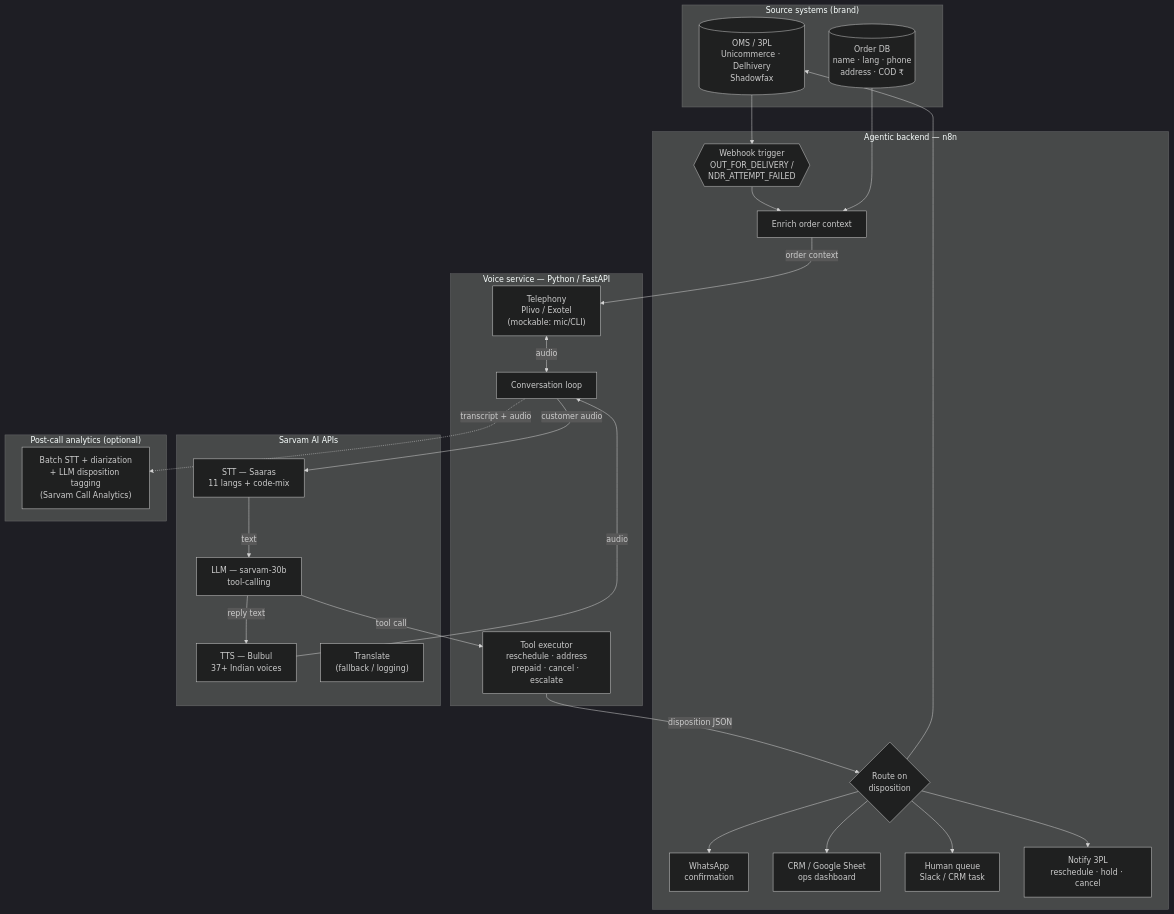
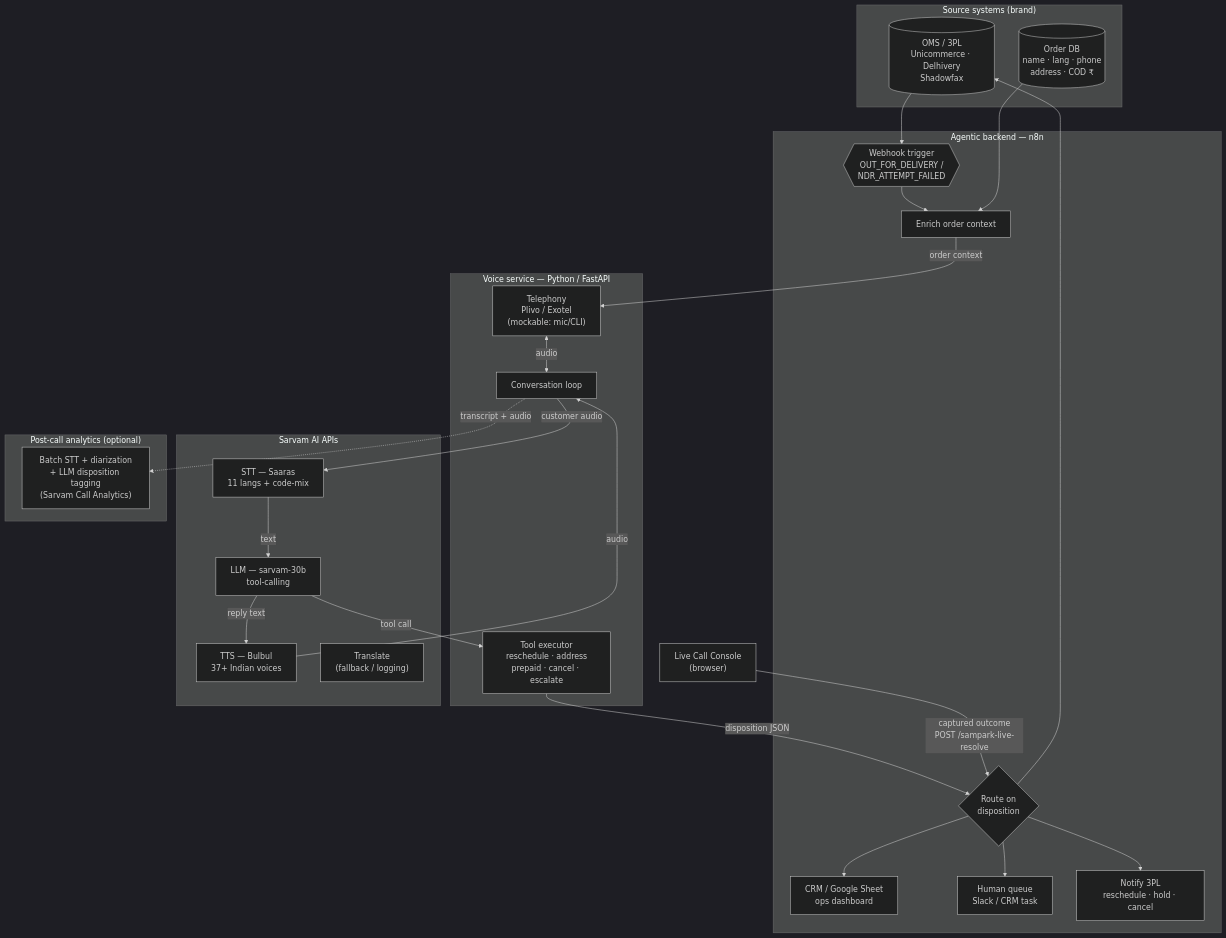
The diagram in docs/architecture.md (Shivshankar2246/sarvam-presales-rto-agent), drawn with Mermaid (dark theme) before and after one commit. The commit also changed other lines of this file and 8 other files, not shown here.

First line of the commit message:
docs: reflect verified live-call -> n8n (A+B) architecture across all submission docs

````diff
--- a/docs/architecture.md
+++ b/docs/architecture.md
@@ -11,52 +11,51 @@
 ```mermaid
 flowchart TB
     subgraph SRC["Source systems (brand)"]
         OMS[("OMS / 3PL\nUnicommerce · Delhivery\nShadowfax")]
         DB[("Order DB\nname · lang · phone\naddress · COD ₹")]
     end
 
     subgraph N8N["Agentic backend — n8n"]
         TRIG{{"Webhook trigger\nOUT_FOR_DELIVERY /\nNDR_ATTEMPT_FAILED"}}
         ENR["Enrich order context"]
         ROUTE{"Route on\ndisposition"}
-        WA["WhatsApp\nconfirmation"]
         CRM["CRM / Google Sheet\nops dashboard"]
         ESC["Human queue\nSlack / CRM task"]
         TPL["Notify 3PL\nreschedule · hold · cancel"]
     end
 
     subgraph VOICE["Voice service — Python / FastAPI"]
         TEL["Telephony\nPlivo / Exotel\n(mockable: mic/CLI)"]
         LOOP["Conversation loop"]
         TOOLS["Tool executor\nreschedule · address\nprepaid · cancel · escalate"]
     end
 
     subgraph SARVAM["Sarvam AI APIs"]
         STT["STT — Saaras\n11 langs + code-mix"]
         LLM["LLM — sarvam-30b\ntool-calling"]
         TTS["TTS — Bulbul\n37+ Indian voices"]
         TR["Translate\n(fallback / logging)"]
     end
 
     OMS --> TRIG
     TRIG --> ENR
     DB --> ENR
     ENR -->|order context| TEL
     TEL <-->|audio| LOOP
     LOOP -->|customer audio| STT
     STT -->|text| LLM
     LLM -->|reply text| TTS
     TTS -->|audio| LOOP
     LLM -->|tool call| TOOLS
     TOOLS -->|disposition JSON| ROUTE
+    CONSOLE["Live Call Console\n(browser)"] -->|captured outcome\nPOST /sampark-live-resolve| ROUTE
     ROUTE --> OMS
     ROUTE --> TPL
-    ROUTE --> WA
     ROUTE --> CRM
     ROUTE --> ESC
     LOOP -.->|transcript + audio| AN
 
     subgraph ANALYTICS["Post-call analytics (optional)"]
         AN["Batch STT + diarization\n+ LLM disposition tagging\n(Sarvam Call Analytics)"]
     end
 ```
````
